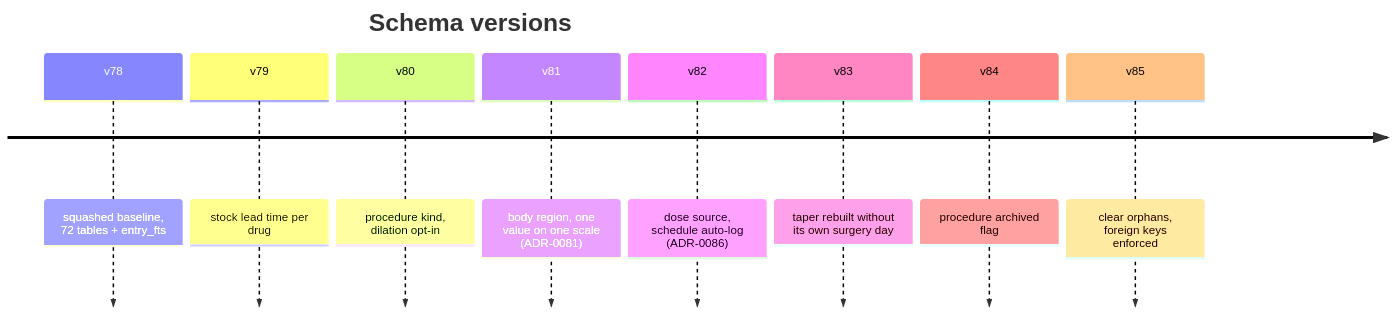
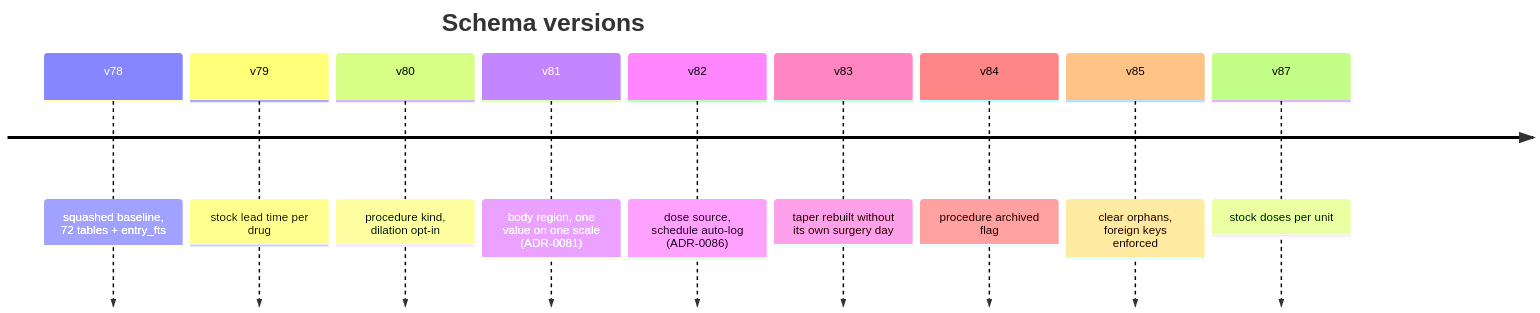
One commit to engender-app/engender changed the fourth of 24 diagrams in docs/architecture.md. Above: the diagram before and after it, drawn with Mermaid. The commit also changed other lines of this file, not shown here.

First line of the commit message:
Note stock doses per unit in the architecture doc

````diff
--- a/docs/architecture.md
+++ b/docs/architecture.md
@@ -262,12 +262,13 @@
 ```mermaid
 timeline
   title Schema versions
   v78 : squashed baseline, 72 tables + entry_fts
   v79 : stock lead time per drug
   v80 : procedure kind, dilation opt-in
   v81 : body region, one value on one scale (ADR-0081)
   v82 : dose source, schedule auto-log (ADR-0086)
   v83 : taper rebuilt without its own surgery day
   v84 : procedure archived flag
   v85 : clear orphans, foreign keys enforced
+  v87 : stock doses per unit
 ```
````
